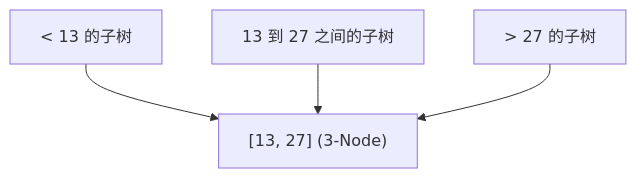
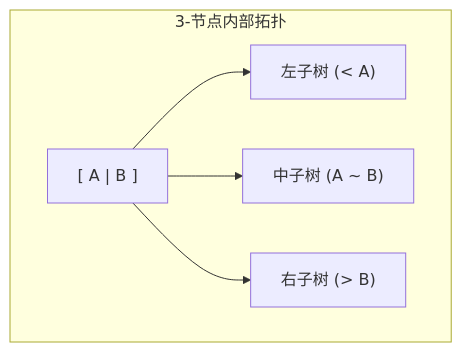
Before and after one commit to easonlines2007/easonlin-blog: the first of 2 diagrams in src/content/notes/CS61B/lecture-17.md, drawn with Mermaid. The commit also changed other lines of this file and 230 other files, not shown here.

````diff
--- a/src/content/notes/CS61B/lecture-17.md
+++ b/src/content/notes/CS61B/lecture-17.md
@@ -44,7 +51,8 @@
 ```mermaid
 graph TD
-    N["[13, 27] (3-Node)"]
-    L["< 13 的子树"] --> N
-    M["13 到 27 之间的子树"] --> N
-    R["> 27 的子树"] --> N
+    subgraph ThreeNode ["3-节点内部拓扑"]
+        AB["[ A | B ]"] --> Left["左子树 (< A)"]
+        AB --> Mid["中子树 (A ~ B)"]
+        AB --> Right["右子树 (> B)"]
+    end
 ```
````
